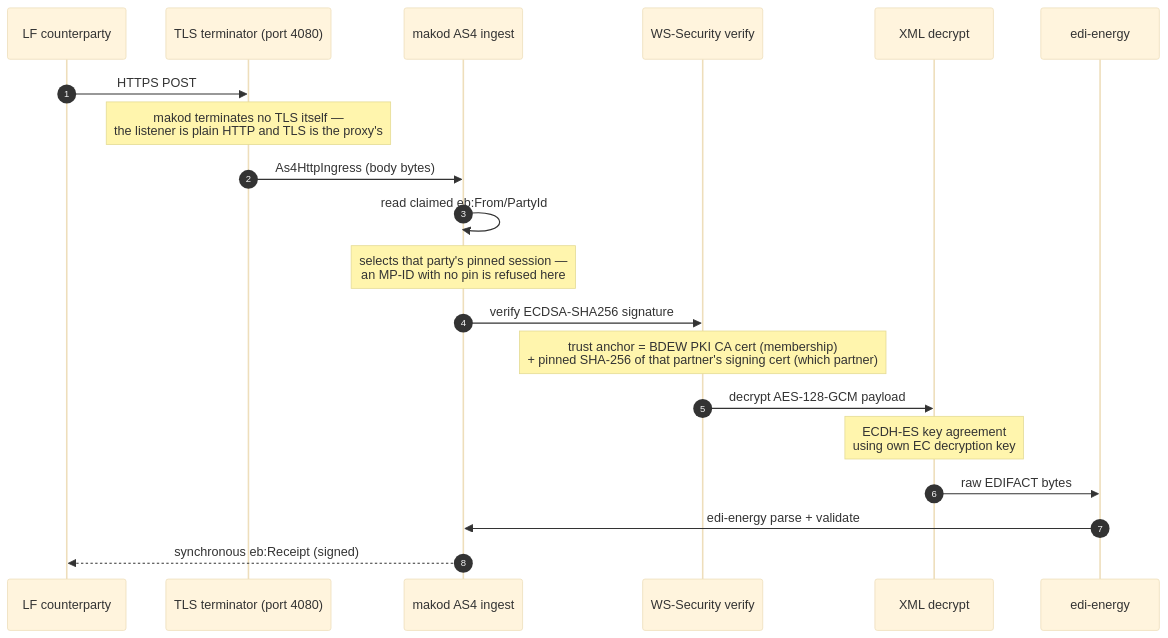
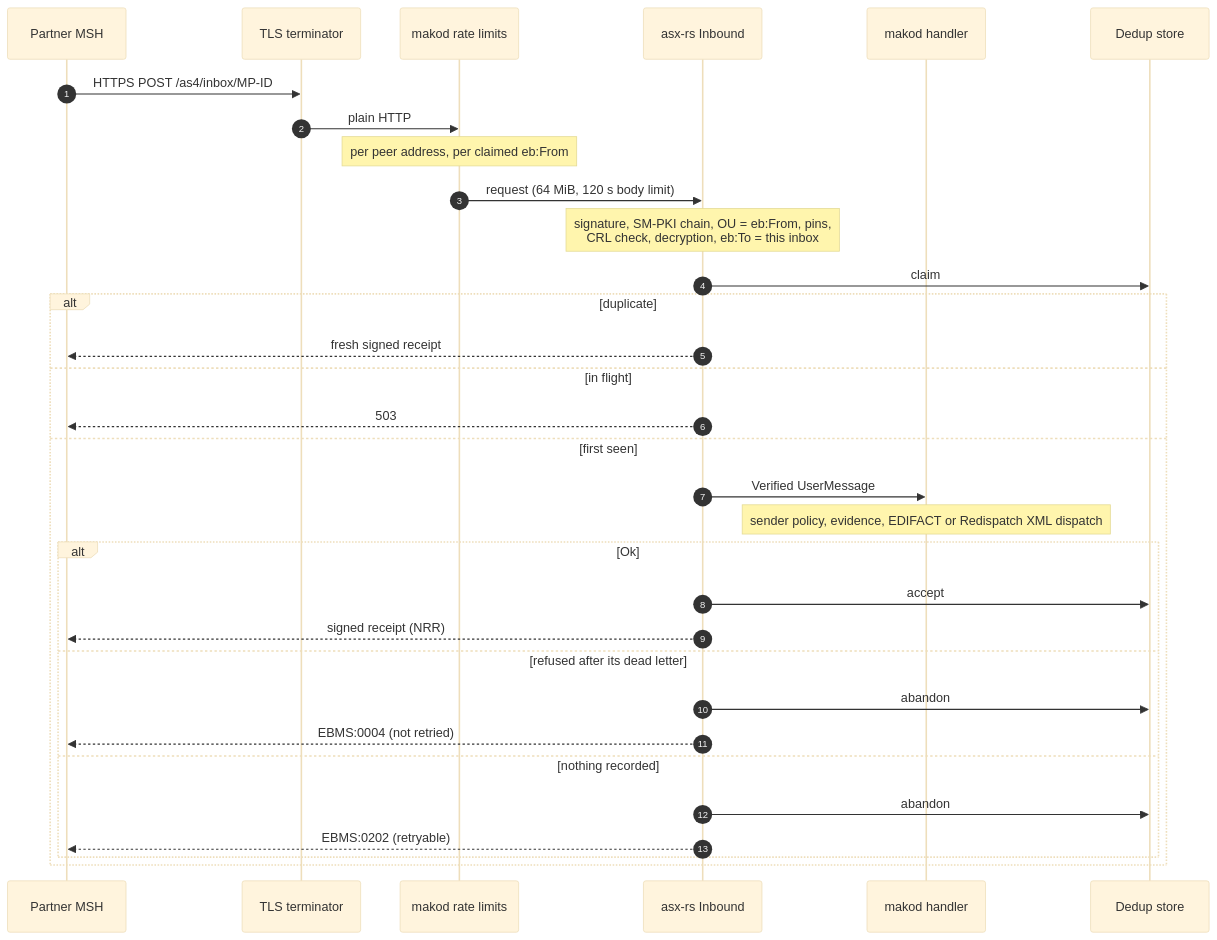
Before and after one commit to hupe1980/mako: the first of 2 diagrams in site/content/docs/reference/as4-bdew.md, drawn with Mermaid (base theme). The commit also changed other lines of this file and 205 other files, not shown here.

````diff
--- a/site/content/docs/reference/as4-bdew.md
+++ b/site/content/docs/reference/as4-bdew.md
@@ -383,23 +210,35 @@
 ```mermaid
 sequenceDiagram
     autonumber
-    participant LF as LF counterparty
-    participant TLS as TLS terminator (port 4080)
-    participant makod as makod AS4 ingest
-    participant sig as WS-Security verify
-    participant dec as XML decrypt
-    participant edifact as edi-energy
+    participant P as Partner MSH
+    participant TLS as TLS terminator
+    participant RL as makod rate limits
+    participant ASX as asx-rs Inbound
+    participant H as makod handler
+    participant D as Dedup store
 
-    LF->>TLS: HTTPS POST
-    Note over TLS: makod terminates no TLS itself —<br/>the listener is plain HTTP and TLS is the proxy's
-    TLS->>makod: As4HttpIngress (body bytes)
-    makod->>makod: read claimed eb:From/PartyId
-    Note over makod: selects that party's pinned session —<br/>an MP-ID with no pin is refused here
-    makod->>sig: verify ECDSA-SHA256 signature
-    Note over sig: trust anchor = BDEW PKI CA cert (membership)<br/>+ pinned SHA-256 of that partner's signing cert (which partner)
-    sig->>dec: decrypt AES-128-GCM payload
-    Note over dec: ECDH-ES key agreement<br/>using own EC decryption key
-    dec->>edifact: raw EDIFACT bytes
-    edifact->>makod: edi-energy parse + validate
-    makod-->>LF: synchronous eb:Receipt (signed)
+    P->>TLS: HTTPS POST /as4/inbox/MP-ID
+    TLS->>RL: plain HTTP
+    Note over RL: per peer address, per claimed eb:From
+    RL->>ASX: request (64 MiB, 120 s body limit)
+    Note over ASX: signature, SM-PKI chain, OU = eb:From, pins,<br/>CRL check, decryption, eb:To = this inbox
+    ASX->>D: claim
+    alt duplicate
+        ASX-->>P: fresh signed receipt
+    else in flight
+        ASX-->>P: 503
+    else first seen
+        ASX->>H: Verified UserMessage
+        Note over H: sender policy, evidence, EDIFACT or Redispatch XML dispatch
+        alt Ok
+            ASX->>D: accept
+            ASX-->>P: signed receipt (NRR)
+        else refused after its dead letter
+            ASX->>D: abandon
+            ASX-->>P: EBMS:0004 (not retried)
+        else nothing recorded
+            ASX->>D: abandon
+            ASX-->>P: EBMS:0202 (retryable)
+        end
+    end
 ```
````
